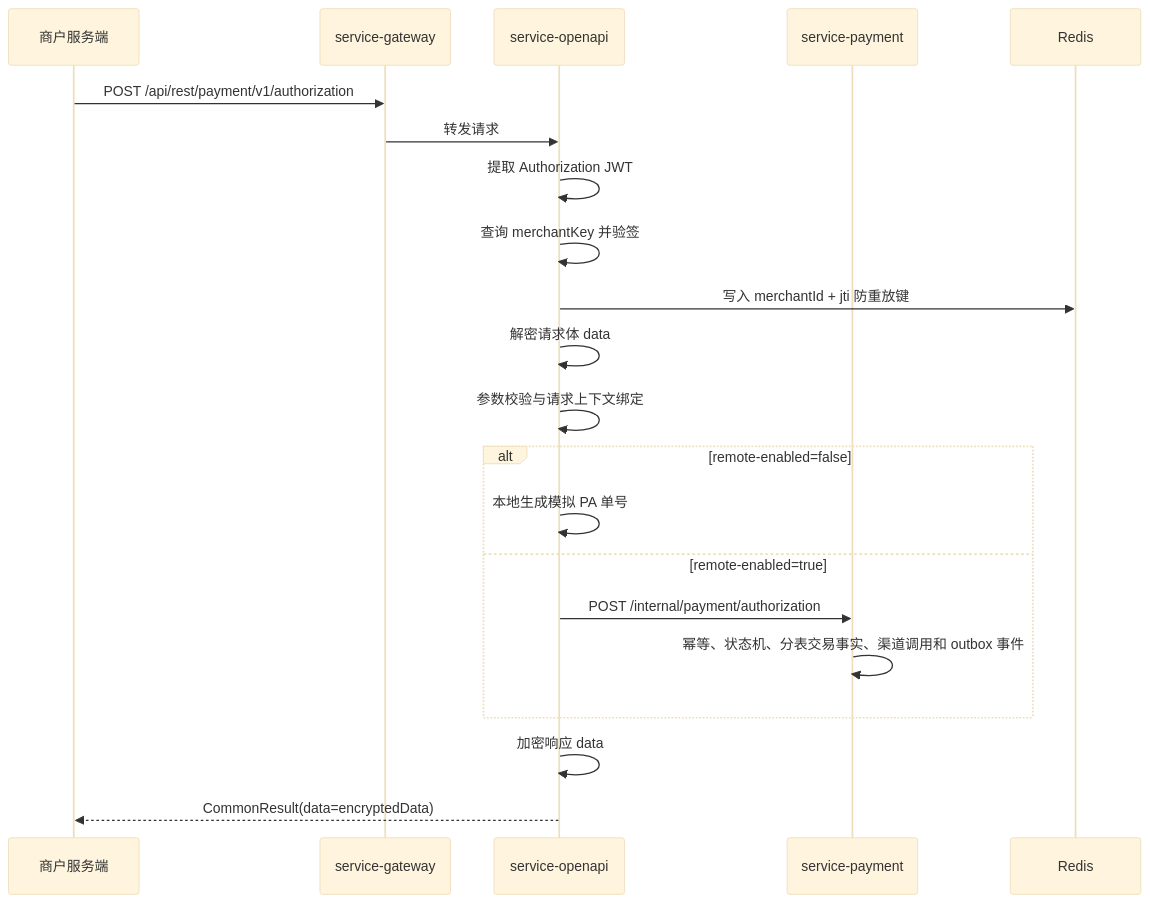
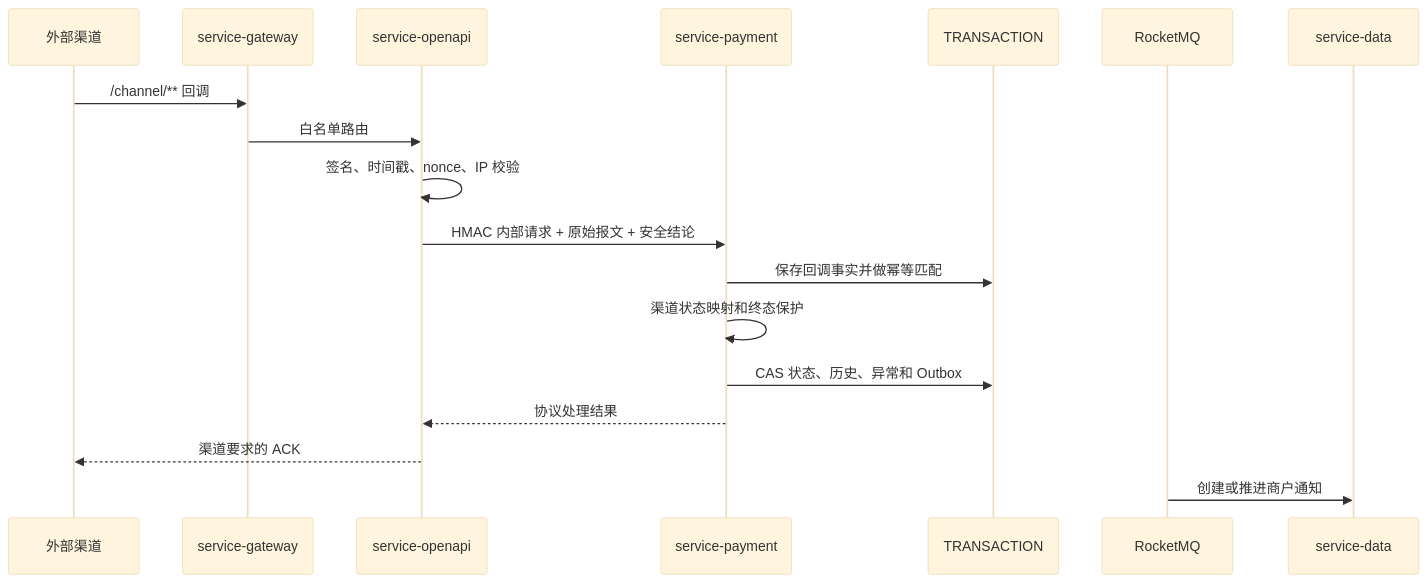
One commit to wikerx/acquiring-orchestration changed the sixth of 11 diagrams in docs/architecture/system-architecture.md. Above: the diagram before and after it, drawn with Mermaid (base theme). The commit also changed other lines of this file and 1 other file, not shown here.

````diff
--- a/docs/architecture/system-architecture.md
+++ b/docs/architecture/system-architecture.md
@@ -190,24 +670,21 @@
 ```mermaid
 sequenceDiagram
-    participant M as 商户服务端
-    participant G as service-gateway
-    participant O as service-openapi
-    participant P as service-payment
-    participant R as Redis
+    participant Channel as 外部渠道
+    participant Gateway as service-gateway
+    participant OpenAPI as service-openapi
+    participant Payment as service-payment
+    participant DB as TRANSACTION
+    participant MQ as RocketMQ
+    participant Data as service-data
 
-    M->>G: POST /api/rest/payment/v1/authorization
-    G->>O: 转发请求
-    O->>O: 提取 Authorization JWT
-    O->>O: 查询 merchantKey 并验签
-    O->>R: 写入 merchantId + jti 防重放键
-    O->>O: 解密请求体 data
-    O->>O: 参数校验与请求上下文绑定
-    alt remote-enabled=false
-        O->>O: 本地生成模拟 PA 单号
-    else remote-enabled=true
-        O->>P: POST /internal/payment/authorization
-        P->>P: 幂等、状态机、分表交易事实、渠道调用和 outbox 事件
-    end
-    O->>O: 加密响应 data
-    O-->>M: CommonResult(data=encryptedData)
+    Channel->>Gateway: /channel/** 回调
+    Gateway->>OpenAPI: 白名单路由
+    OpenAPI->>OpenAPI: 签名、时间戳、nonce、IP 校验
+    OpenAPI->>Payment: HMAC 内部请求 + 原始报文 + 安全结论
+    Payment->>DB: 保存回调事实并做幂等匹配
+    Payment->>Payment: 渠道状态映射和终态保护
+    Payment->>DB: CAS 状态、历史、异常和 Outbox
+    Payment-->>OpenAPI: 协议处理结果
+    OpenAPI-->>Channel: 渠道要求的 ACK
+    MQ->>Data: 创建或推进商户通知
 ```
````
